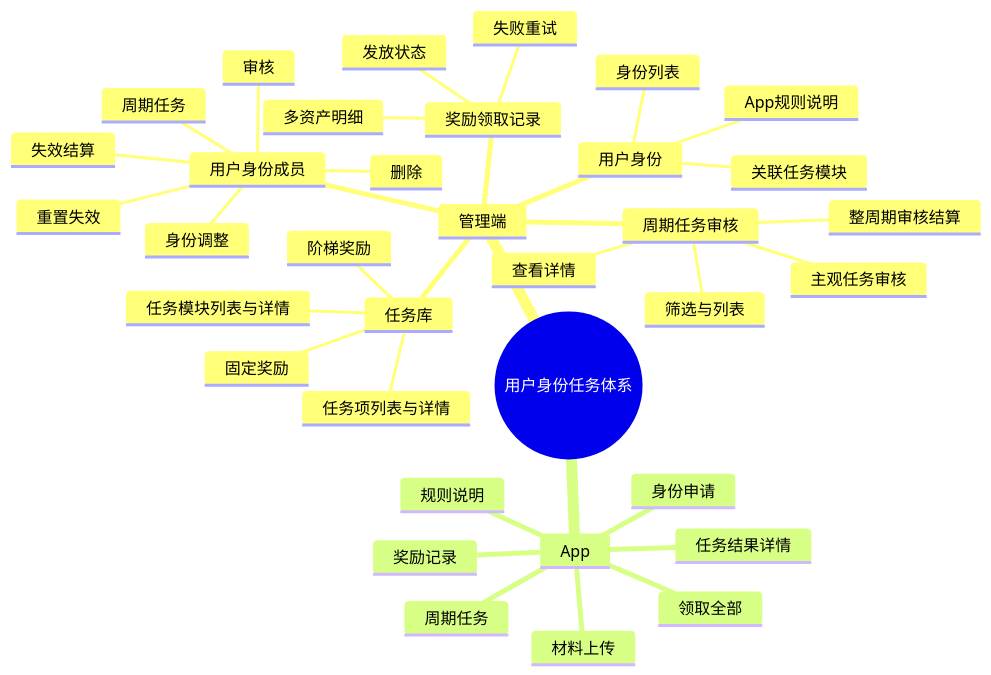
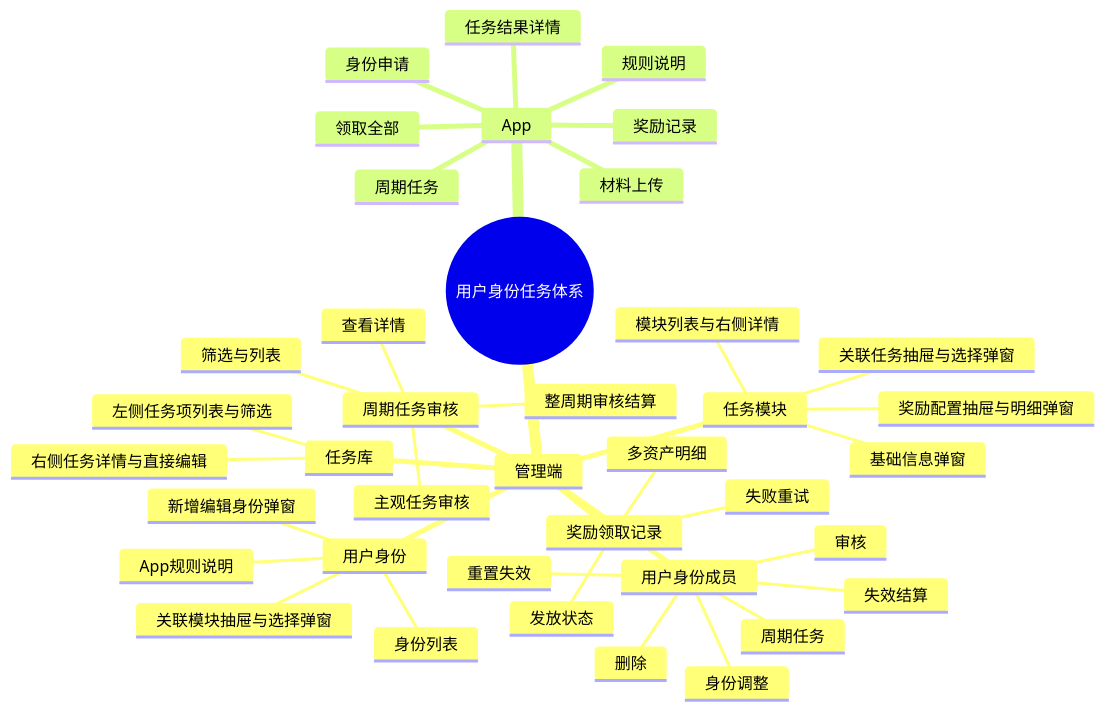
Before and after one commit to lxw13000/sano-pm: the second of 4 diagrams in sano用户任务体系/需求文档/用户身份任务体系.md, drawn with Mermaid. The commit also changed other lines of this file and 89 other files, not shown here.

````diff
--- a/sano用户任务体系/需求文档/用户身份任务体系.md
+++ b/sano用户任务体系/需求文档/用户身份任务体系.md
@@ -90,38 +90,42 @@
 ```mermaid
 mindmap
   root((用户身份任务体系))
     管理端
+      任务库
+        左侧任务项列表与筛选
+        右侧任务详情与直接编辑
+      任务模块
+        模块列表与右侧详情
+        基础信息弹窗
+        关联任务抽屉与选择弹窗
+        奖励配置抽屉与明细弹窗
       用户身份
         身份列表
-        关联任务模块
+        新增编辑身份弹窗
+        关联模块抽屉与选择弹窗
         App规则说明
-      任务库
-        任务项列表与详情
-        任务模块列表与详情
-        固定奖励
-        阶梯奖励
       用户身份成员
         审核
         身份调整
         重置失效
         失效结算
         删除
         周期任务
       周期任务审核
         筛选与列表
         查看详情
         主观任务审核
         整周期审核结算
       奖励领取记录
         多资产明细
         发放状态
         失败重试
     App
       身份申请
       周期任务
       任务结果详情
       材料上传
       规则说明
       奖励记录
       领取全部
 ```
````
